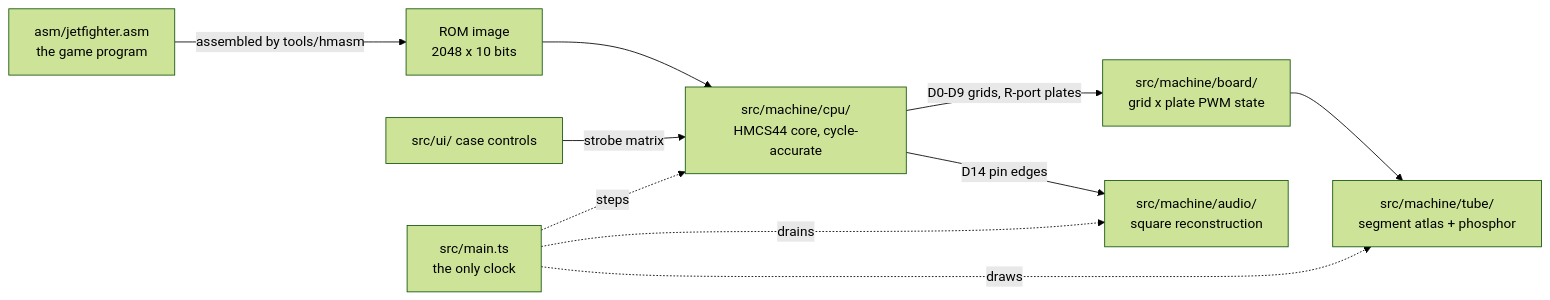
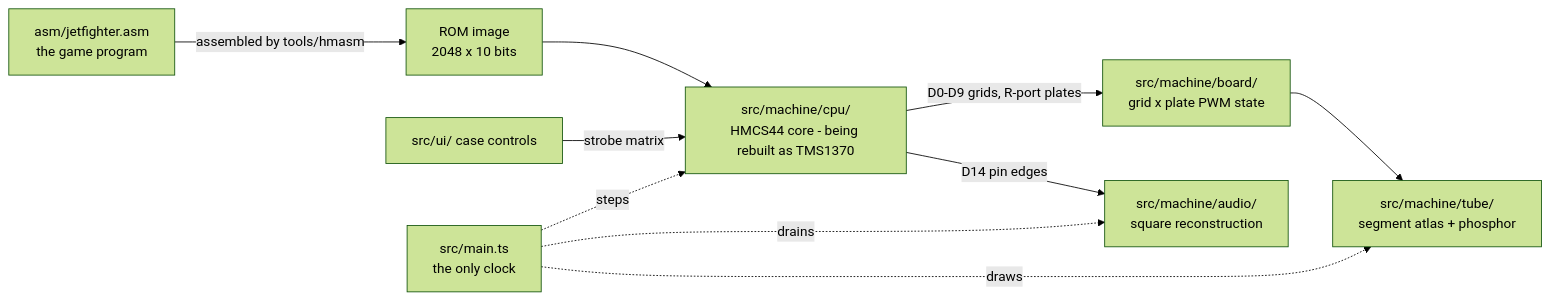
One commit to bjcoombs/jet-fighters changed the diagram in README.md. Above: the diagram before and after it, drawn with Mermaid (forest theme). The commit also changed other lines of this file and 2 other files, not shown here.

````diff
--- a/README.md
+++ b/README.md
@@ -130,12 +142,12 @@
 ```mermaid
 flowchart LR
     ASM[asm/jetfighter.asm<br/>the game program] -->|assembled by tools/hmasm| ROM[ROM image<br/>2048 x 10 bits]
-    ROM --> CPU[src/machine/cpu/<br/>HMCS44 core, cycle-accurate]
+    ROM --> CPU[src/machine/cpu/<br/>HMCS44 core - being rebuilt as TMS1370]
     SW[src/ui/ case controls] -->|strobe matrix| CPU
     CPU -->|D0-D9 grids, R-port plates| BOARD[src/machine/board/<br/>grid x plate PWM state]
     CPU -->|D14 pin edges| SPK[src/machine/audio/<br/>square reconstruction]
     BOARD --> TUBE[src/machine/tube/<br/>segment atlas + phosphor]
     MAIN[src/main.ts<br/>the only clock] -.->|steps| CPU
     MAIN -.->|draws| TUBE
     MAIN -.->|drains| SPK
 ```
````
